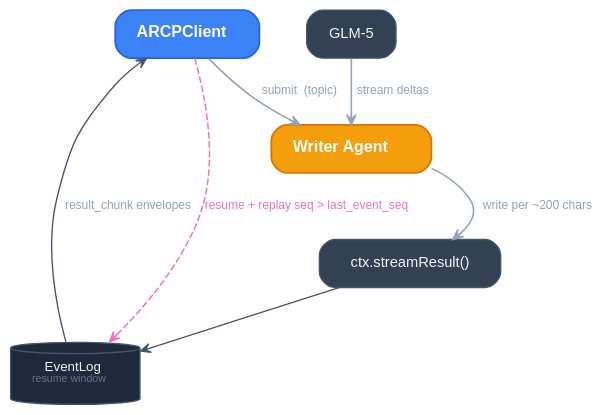
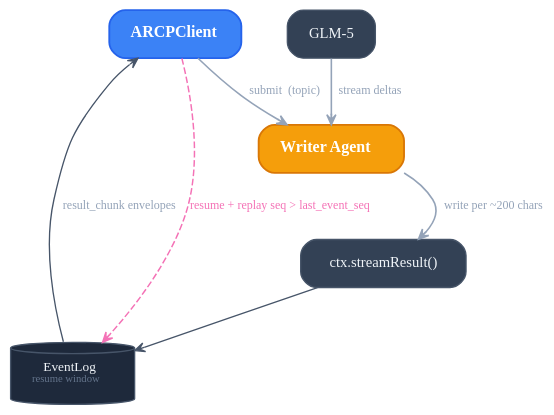
Before and after one commit to agentruntimecontrolprotocol/typescript-sdk: the diagram in recipes/diagrams/stream-resume-dark.dot, drawn with Graphviz. The commit also changed 49 other files, not shown here.

First line of the commit message:
Harmonize Graphviz diagrams with the ARCP design system

```diff
--- a/recipes/diagrams/stream-resume-dark.dot
+++ b/recipes/diagrams/stream-resume-dark.dot
@@ -1,57 +1,57 @@
 digraph StreamResume {
   rankdir=TB;
   bgcolor="transparent";
   compound=true;
-  fontname="Helvetica";
+  fontname="TT Commons Pro Trial";
   splines=spline;
   nodesep=0.32;
   ranksep=0.55;
   pad="0.35,0.25";
 
   node [
     shape=box, style="rounded,filled",
     fillcolor="#334155", color="#475569",
-    fontname="Helvetica", fontsize=11, fontcolor="#F1F5F9",
+    fontname="TT Commons Pro Trial", fontsize=11, fontcolor="#F1F5F9",
     margin="0.22,0.11", penwidth=1.0
   ];
 
   edge [
-    fontname="Helvetica", fontsize=9, fontcolor="#94A3B8",
+    fontname="TT Commons Pro Trial", fontsize=9, fontcolor="#94A3B8",
     color="#64748B", penwidth=1.1, arrowsize=0.75, arrowhead=vee
   ];
 
   Client [
     label=<<FONT POINT-SIZE="12"><B>ARCPClient</B></FONT>>,
     fillcolor="#3B82F6", color="#2563EB",
     fontcolor="white", penwidth=1.4
   ];
 
   Writer [
     label=<<FONT POINT-SIZE="12"><B>Writer Agent</B></FONT>>,
     fillcolor="#F59E0B", color="#D97706",
     fontcolor="white", penwidth=1.4
   ];
 
   GLM  [label="GLM-5"];
   Chunks [label="ctx.streamResult()"];
 
   Log [
     label=<<FONT POINT-SIZE="10">EventLog</FONT><BR/><FONT POINT-SIZE="8" COLOR="#64748B">resume window</FONT>>,
     shape=cylinder, fillcolor="#1E293B"
   ];
 
   edge [color="#94A3B8", penwidth=1.2];
   Client -> Writer [label="submit  (topic)"];
   GLM    -> Writer [label="stream deltas"];
   Writer -> Chunks [label="write per ~200 chars"];
 
   edge [color="#475569", penwidth=1.0];
   Chunks -> Log;
   Log    -> Client [label="result_chunk envelopes"];
 
   Client -> Log [
     style=dashed, color="#F472B6", penwidth=1.1,
     constraint=false,
     label=<<FONT COLOR="#F472B6">resume + replay seq &gt; last_event_seq</FONT>>, fontsize=9
   ];
 }
```
